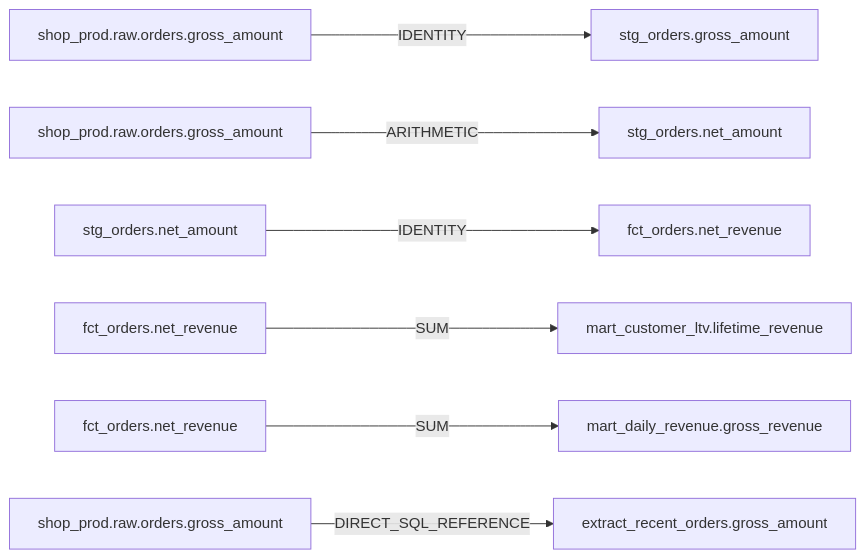
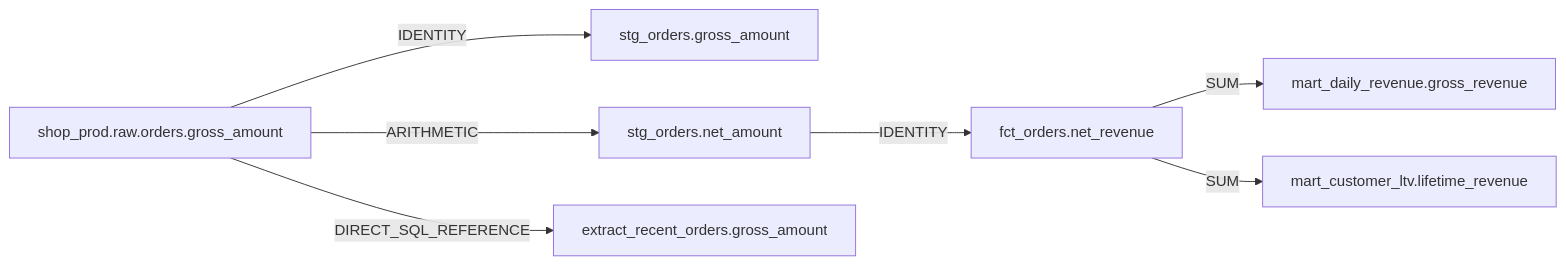
Before and after one commit to yadneshSalvi/datahub-repair-agent: the diagram in examples/retype_gross_amount/02_lineage_evidence.md, drawn with Mermaid. The commit also changed 44 other files, not shown here.

````diff
--- a/examples/retype_gross_amount/02_lineage_evidence.md
+++ b/examples/retype_gross_amount/02_lineage_evidence.md
@@ -3,9 +3,9 @@
 ```mermaid
 graph LR
-    n0a["shop_prod.raw.orders.gross_amount"] -->|"IDENTITY"| n0b["stg_orders.gross_amount"]
-    n1a["shop_prod.raw.orders.gross_amount"] -->|"ARITHMETIC"| n1b["stg_orders.net_amount"]
-    n2a["stg_orders.net_amount"] -->|"IDENTITY"| n2b["fct_orders.net_revenue"]
-    n3a["fct_orders.net_revenue"] -->|"SUM"| n3b["mart_customer_ltv.lifetime_revenue"]
-    n4a["fct_orders.net_revenue"] -->|"SUM"| n4b["mart_daily_revenue.gross_revenue"]
-    n5a["shop_prod.raw.orders.gross_amount"] -->|"DIRECT_SQL_REFERENCE"| n5b["extract_recent_orders.gross_amount"]
+    n0["shop_prod.raw.orders.gross_amount"] -->|"IDENTITY"| n1["stg_orders.gross_amount"]
+    n0["shop_prod.raw.orders.gross_amount"] -->|"ARITHMETIC"| n2["stg_orders.net_amount"]
+    n2["stg_orders.net_amount"] -->|"IDENTITY"| n3["fct_orders.net_revenue"]
+    n3["fct_orders.net_revenue"] -->|"SUM"| n4["mart_daily_revenue.gross_revenue"]
+    n3["fct_orders.net_revenue"] -->|"SUM"| n5["mart_customer_ltv.lifetime_revenue"]
+    n0["shop_prod.raw.orders.gross_amount"] -->|"DIRECT_SQL_REFERENCE"| n6["extract_recent_orders.gross_amount"]
 ```
````
